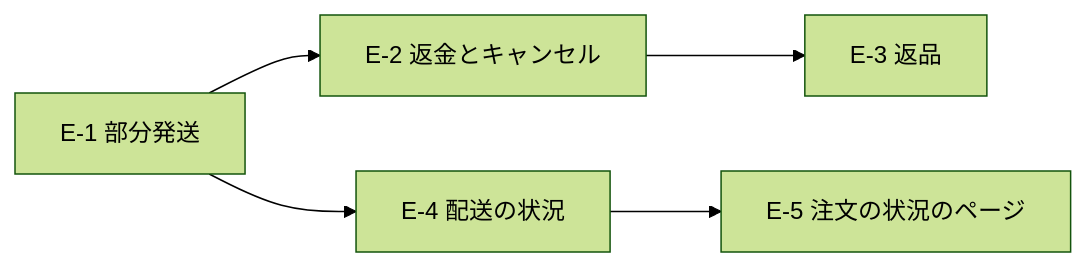
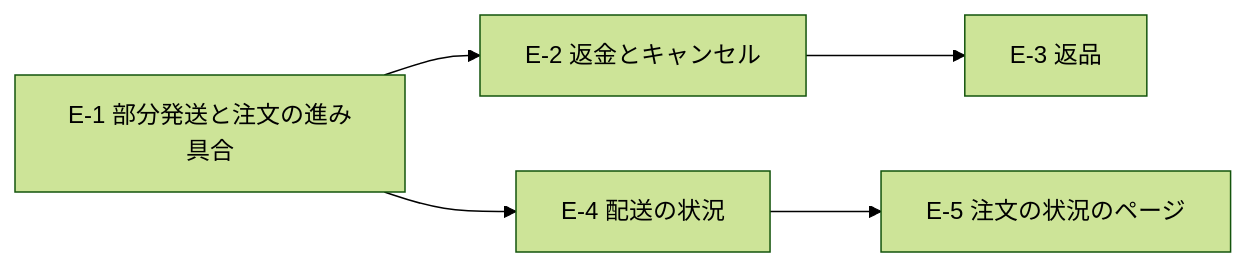
Before and after one commit to ChocoWork/o_official: the diagram in docs/superpowers/specs/2026-10-10-group-e-overview-design.md, drawn with Mermaid (forest theme). The commit also changed other lines of this file and 1 other file, not shown here.

````diff
--- a/docs/superpowers/specs/2026-10-10-group-e-overview-design.md
+++ b/docs/superpowers/specs/2026-10-10-group-e-overview-design.md
@@ -26,7 +26,7 @@
 ```mermaid
 graph LR
-  E1[E-1 部分発送] --> E2[E-2 返金とキャンセル]
+  E1[E-1 部分発送と注文の進み具合] --> E2[E-2 返金とキャンセル]
   E2 --> E3[E-3 返品]
   E1 --> E4[E-4 配送の状況]
   E4 --> E5[E-5 注文の状況のページ]
 ```
````
